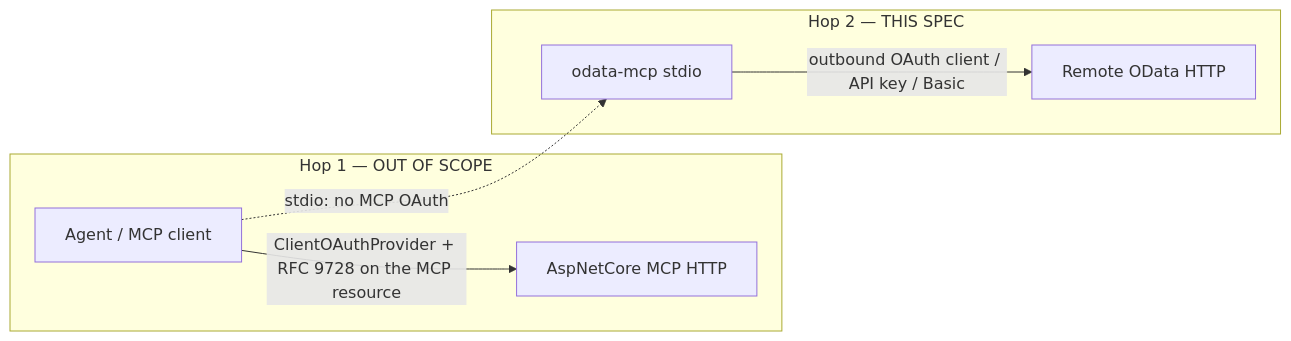
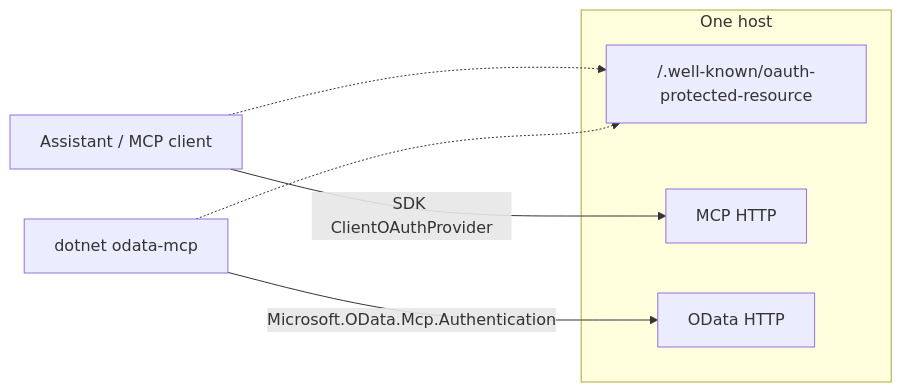
Before and after one commit to OData/MCP: the first of 5 diagrams in specs/v3/AUTHENTICATION.md, drawn with Mermaid. The commit also changed other lines of this file and 28 other files, not shown here.

First line of the commit message:
Rename AddODataProtectedResource to AddProtectedResourceMetadata.

````diff
--- a/specs/v3/AUTHENTICATION.md
+++ b/specs/v3/AUTHENTICATION.md
@@ -49,16 +53,14 @@
 ```mermaid
 flowchart LR
-  subgraph hop1 [Hop 1 — OUT OF SCOPE]
-    Agent[Agent / MCP client]
-    McpHttp[AspNetCore MCP HTTP]
-    Agent -->|"ClientOAuthProvider + RFC 9728 on the MCP resource"| McpHttp
+  Agent[Assistant / MCP client]
+  CLI["dotnet odata-mcp"]
+  subgraph host [One host]
+    PRM["/.well-known/oauth-protected-resource"]
+    Mcp["MCP HTTP"]
+    Api[OData HTTP]
   end
-
-  subgraph hop2 [Hop 2 — THIS SPEC]
-    CLI["odata-mcp stdio"]
-    OData[Remote OData HTTP]
-    CLI -->|"outbound OAuth client / API key / Basic"| OData
-  end
-
-  Agent -.->|"stdio: no MCP OAuth"| CLI
+  Agent -->|"SDK ClientOAuthProvider"| Mcp
+  CLI -->|"Microsoft.OData.Mcp.Authentication"| Api
+  Agent -.-> PRM
+  CLI -.-> PRM
 ```
````
